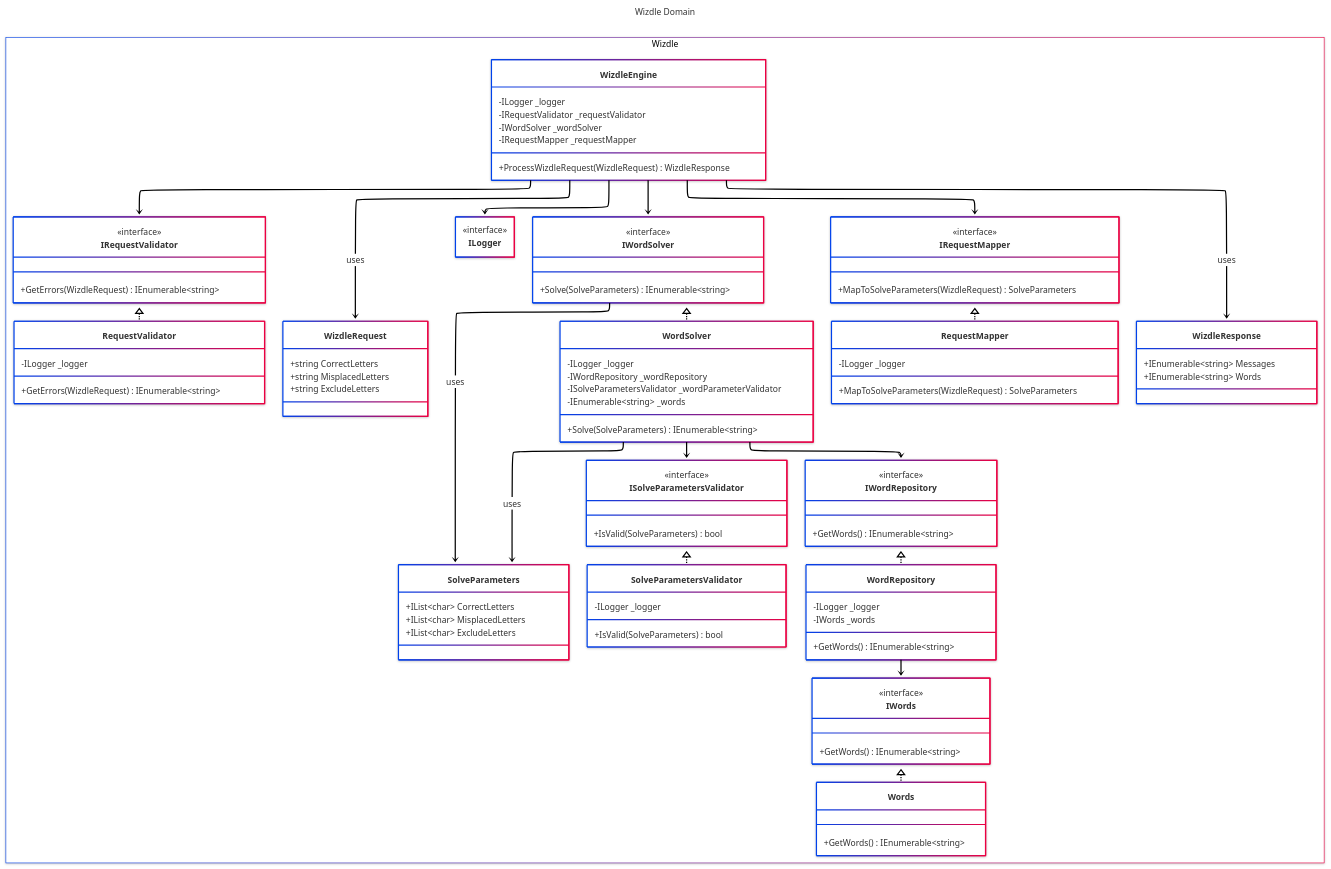
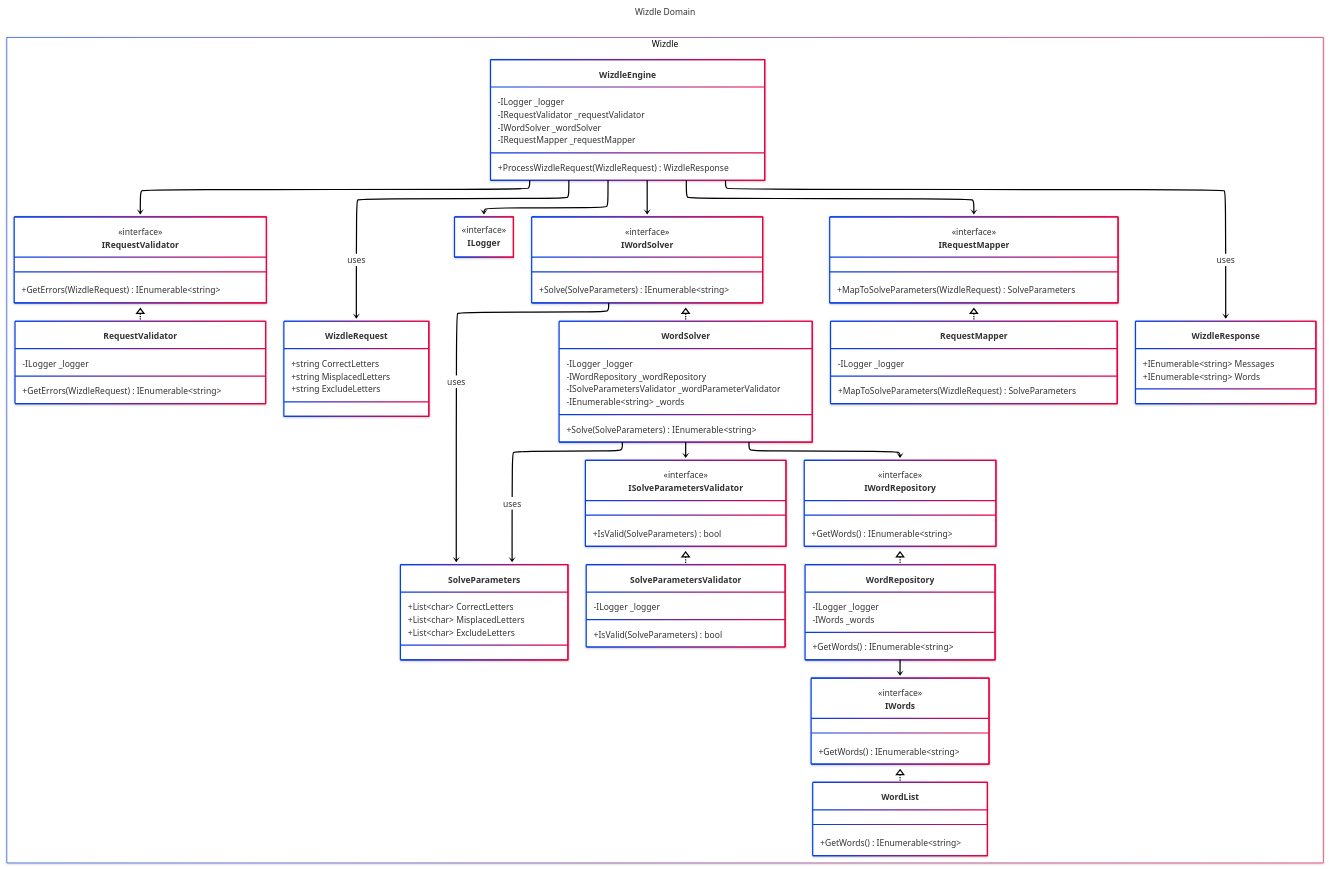
The diagram in Wizdle.Domain/README.md (lyndychivs/Wizdle), drawn with Mermaid before and after one commit. The commit also changed 9 other files, not shown here.

```diff
--- a/Wizdle.Domain/README.md
+++ b/Wizdle.Domain/README.md
@@ -19,7 +19,7 @@
             +GetWords() IEnumerable~string~
         }
 
-        class Words {
+        class WordList {
             +GetWords() IEnumerable~string~
         }
 
@@ -55,9 +55,9 @@
         }
 
         class SolveParameters {
-            +IList~char~ CorrectLetters
-            +IList~char~ MisplacedLetters
-            +IList~char~ ExcludeLetters
+            +List~char~ CorrectLetters
+            +List~char~ MisplacedLetters
+            +List~char~ ExcludeLetters
         }
 
         class ISolveParametersValidator {
@@ -110,7 +110,7 @@
     <<interface>> IRequestValidator
     <<interface>> ILogger
 
-    IWords <|.. Words
+    IWords <|.. WordList
     IRequestMapper <|.. RequestMapper
     IWordRepository <|.. WordRepository
     WordRepository --> IWords
```
